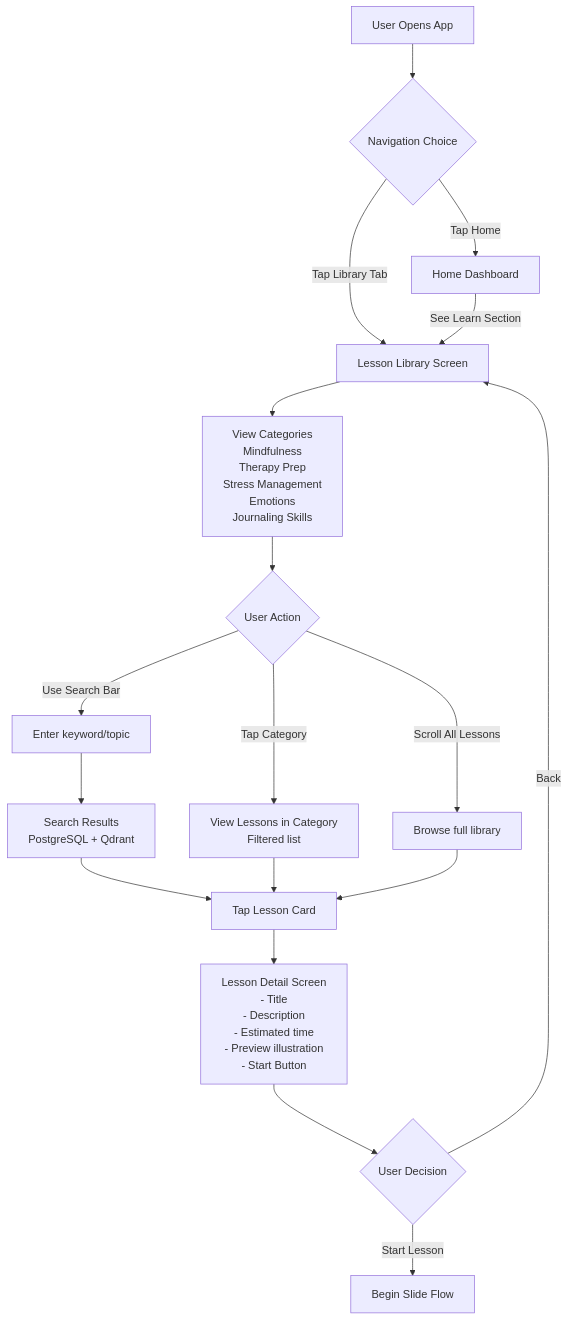
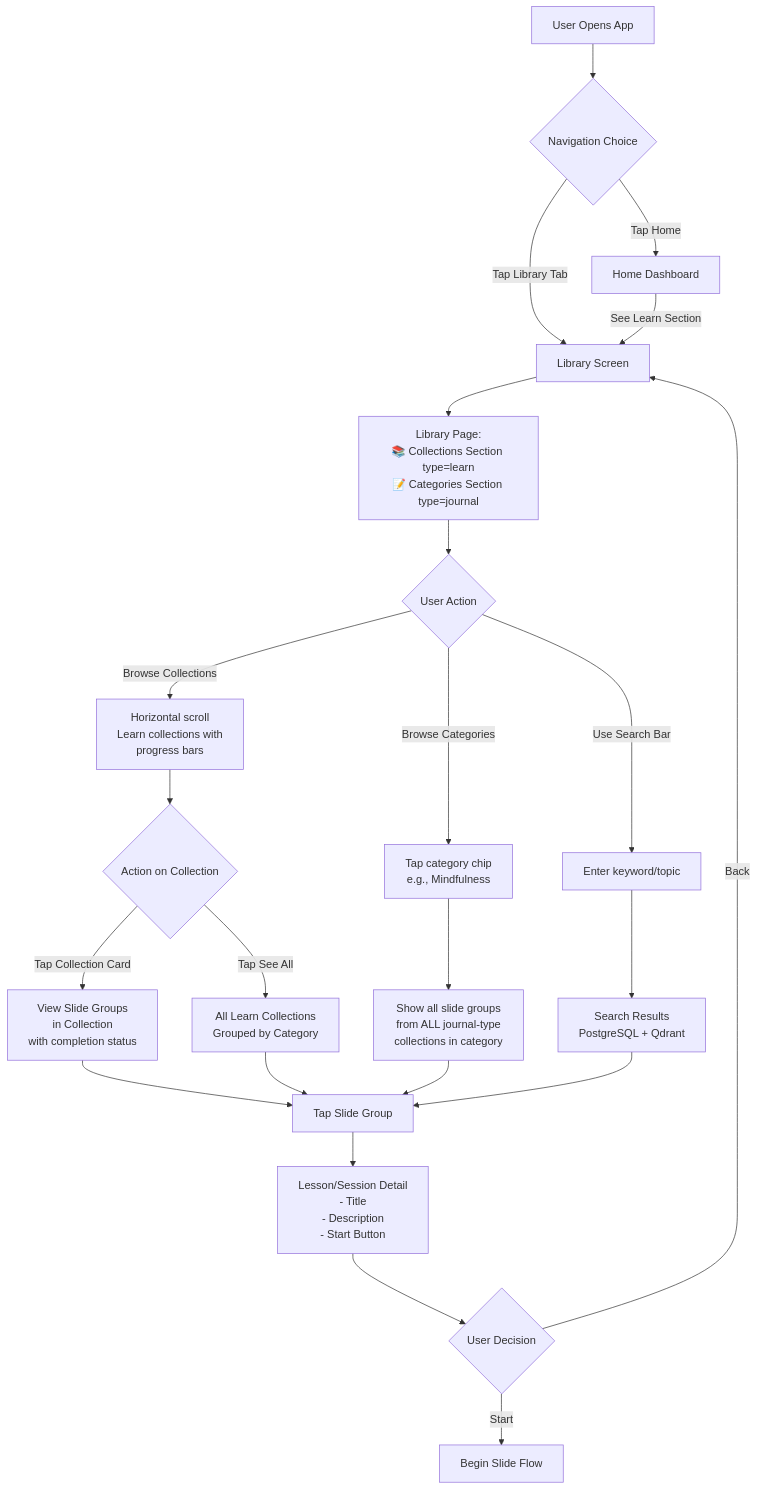
The first of 9 diagrams in feature-design/03. Micro learning/01-LEARNING-FLOWS.md (Nhatdien/tranquara_frontend), drawn with Mermaid before and after one commit. The commit also changed other lines of this file and 6 other files, not shown here.

Commit message:
feat: Enhance journal feature with learning progress tracking and schema updates

````diff
--- a/feature-design/03. Micro learning/01-LEARNING-FLOWS.md
+++ b/feature-design/03. Micro learning/01-LEARNING-FLOWS.md
@@ -11,24 +11,32 @@
 ```mermaid
 flowchart TD
     A[User Opens App] --> B{Navigation Choice}
-    B -->|Tap Library Tab| C[Lesson Library Screen]
+    B -->|Tap Library Tab| C[Library Screen]
     B -->|Tap Home| D[Home Dashboard]
     D -->|See Learn Section| C
     
-    C --> E[View Categories<br/>Mindfulness<br/>Therapy Prep<br/>Stress Management<br/>Emotions<br/>Journaling Skills]
+    C --> E[Library Page:<br/>📚 Collections Section type=learn<br/>📝 Categories Section type=journal]
+    
     E --> F{User Action}
+    F -->|Browse Collections| G[Horizontal scroll<br/>Learn collections with<br/>progress bars]
+    F -->|Browse Categories| H[Tap category chip<br/>e.g., Mindfulness]
+    F -->|Use Search Bar| I[Enter keyword/topic]
     
-    F -->|Tap Category| G[View Lessons in Category<br/>Filtered list]
-    F -->|Use Search Bar| H[Enter keyword/topic]
-    F -->|Scroll All Lessons| I[Browse full library]
+    G --> J{Action on Collection}
+    J -->|Tap Collection Card| K[View Slide Groups<br/>in Collection<br/>with completion status]
+    J -->|Tap See All| L[All Learn Collections<br/>Grouped by Category]
     
-    H --> J[Search Results<br/>PostgreSQL + Qdrant]
-    J --> K[Tap Lesson Card]
-    G --> K
-    I --> K
+    H --> M[Show all slide groups<br/>from ALL journal-type<br/>collections in category]
     
-    K --> L[Lesson Detail Screen<br/>- Title<br/>- Description<br/>- Estimated time<br/>- Preview illustration<br/>- Start Button]
-    L --> M{User Decision}
-    M -->|Start Lesson| N[Begin Slide Flow]
-    M -->|Back| C
+    I --> N[Search Results<br/>PostgreSQL + Qdrant]
+    
+    K --> O[Tap Slide Group]
+    L --> O
+    M --> O
+    N --> O
+    
+    O --> P[Lesson/Session Detail<br/>- Title<br/>- Description<br/>- Start Button]
+    P --> Q{User Decision}
+    Q -->|Start| R[Begin Slide Flow]
+    Q -->|Back| C
 ```
````
